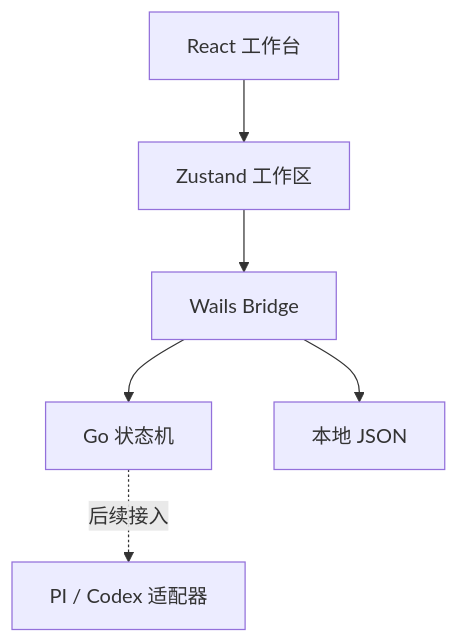
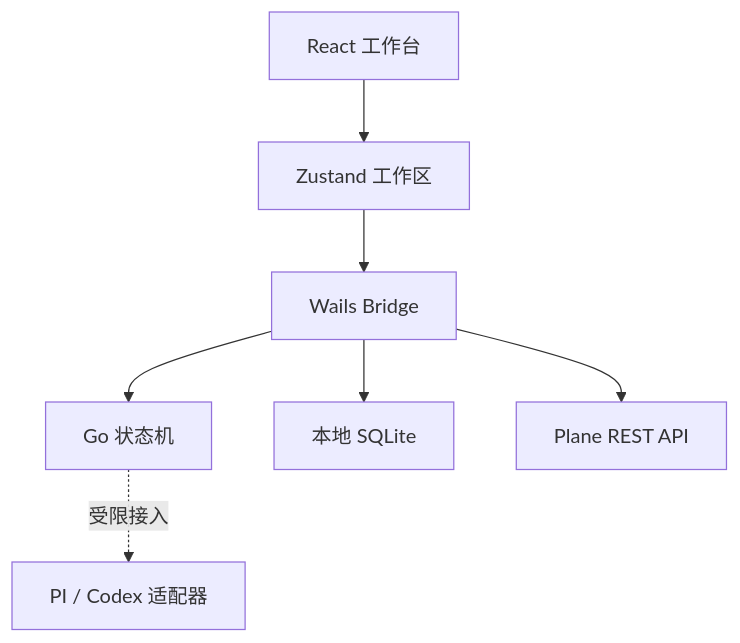
The diagram in docs/ARCHITECTURE.md (blue7zz/BTaskAssistant), drawn with Mermaid before and after one commit. The commit also changed other lines of this file and 29 other files, not shown here.

````diff
--- a/docs/ARCHITECTURE.md
+++ b/docs/ARCHITECTURE.md
@@ -16,8 +16,9 @@
 ```mermaid
 flowchart TD
     UI["React 工作台"] --> Store["Zustand 工作区"]
     Store --> Bridge["Wails Bridge"]
     Bridge --> Policy["Go 状态机"]
-    Bridge --> Storage["本地 JSON"]
-    Policy -. "后续接入" .-> Engines["PI / Codex 适配器"]
+    Bridge --> Storage["本地 SQLite"]
+    Bridge --> Plane["Plane REST API"]
+    Policy -. "受限接入" .-> Engines["PI / Codex 适配器"]
 ```
````
